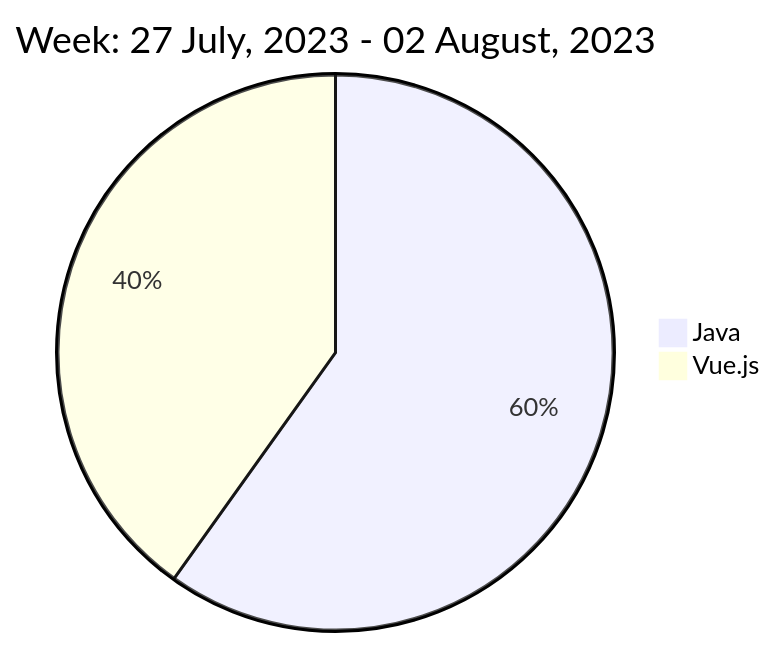
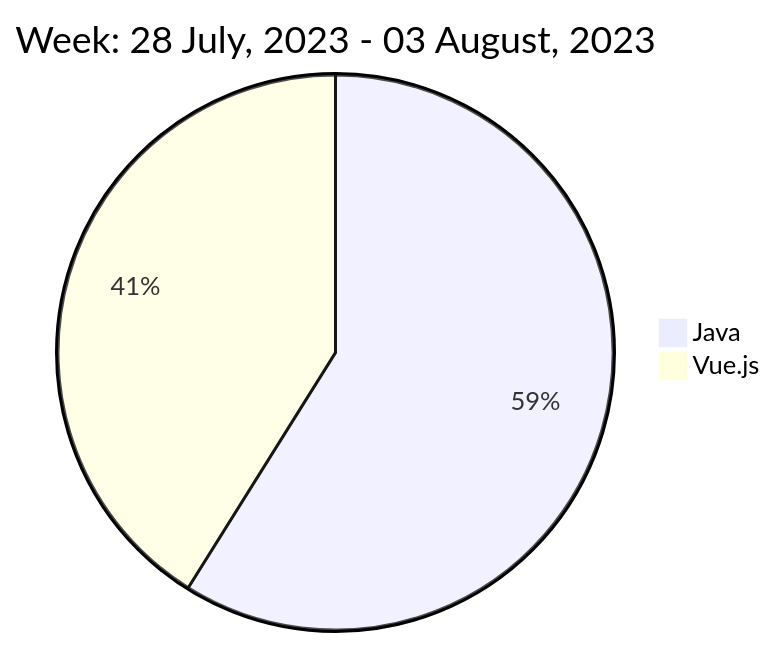
One commit to liubin95/liubin95 changed the diagram in README.md. Above: the diagram before and after it, drawn with Mermaid.

Commit message:
Updated the Graph with new Metrics

````diff
--- a/README.md
+++ b/README.md
@@ -40,6 +40,6 @@
 ```mermaid
  pie
-title Week: 27 July, 2023 - 02 August, 2023
- "Java" : 5.67
- "Vue.js" : 3.8
+title Week: 28 July, 2023 - 03 August, 2023
+ "Java" : 4.3
+ "Vue.js" : 3.0
 ```
````
